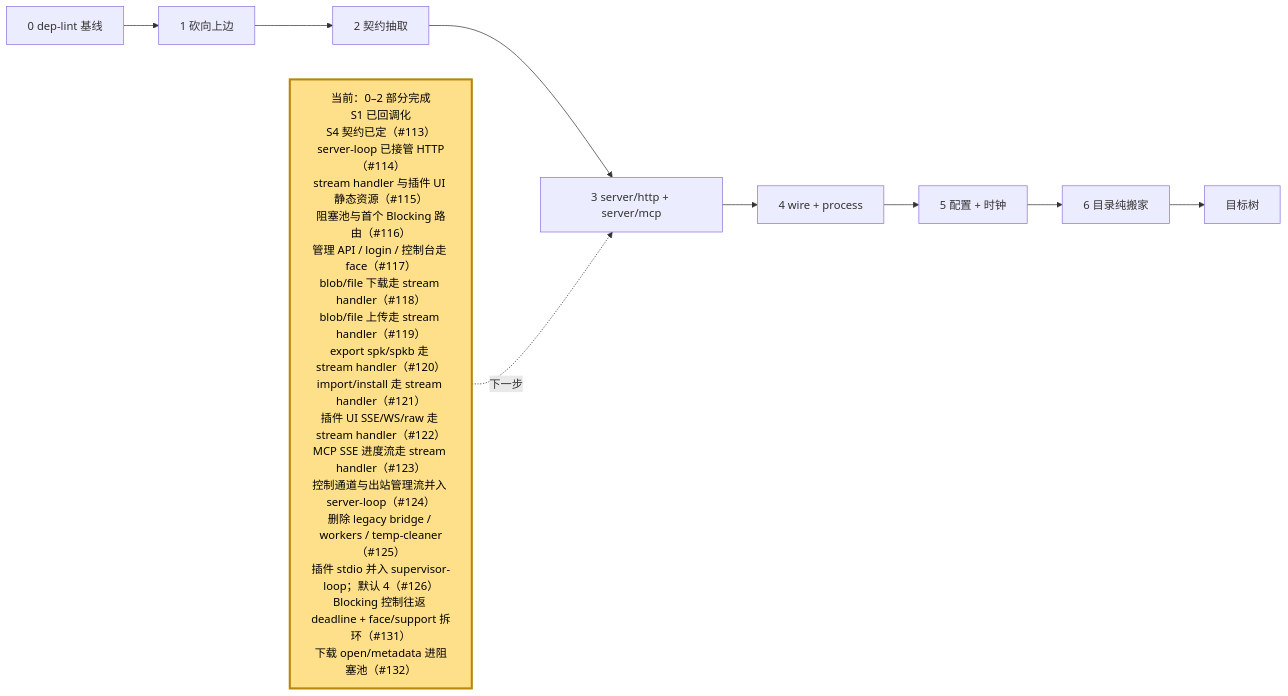
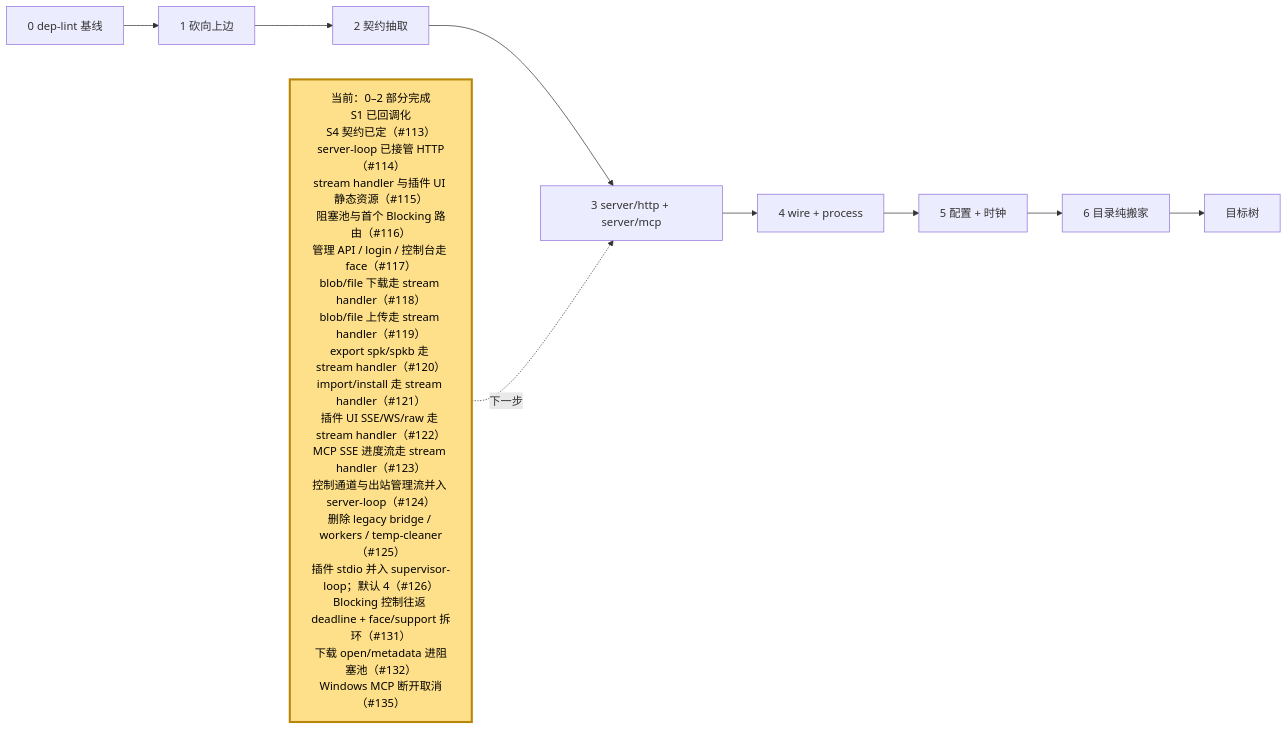
Before and after one commit to webxxxxx/plugin-manager: the fifth of 5 diagrams in docs/architecture.md, drawn with Mermaid. The commit also changed other lines of this file and 5 other files, not shown here.

First line of the commit message:
feat(s4): Windows MCP SSE 断开取消并释放流预算 (#135)

````diff
--- a/docs/architecture.md
+++ b/docs/architecture.md
@@ -379,15 +379,15 @@
 ```mermaid
 flowchart LR
     S0["0 dep-lint 基线"] --> S1["1 砍向上边"]
     S1 --> S2["2 契约抽取"]
     S2 --> S3["3 server/http + server/mcp"]
     S3 --> S4["4 wire + process"]
     S4 --> S5["5 配置 + 时钟"]
     S5 --> S6["6 目录纯搬家"]
     S6 --> DONE["目标树"]
 
-    NOW["当前：0–2 部分完成<br/>S1 已回调化<br/>S4 契约已定（#113）<br/>server-loop 已接管 HTTP（#114）<br/>stream handler 与插件 UI 静态资源（#115）<br/>阻塞池与首个 Blocking 路由（#116）<br/>管理 API / login / 控制台走 face（#117）<br/>blob/file 下载走 stream handler（#118）<br/>blob/file 上传走 stream handler（#119）<br/>export spk/spkb 走 stream handler（#120）<br/>import/install 走 stream handler（#121）<br/>插件 UI SSE/WS/raw 走 stream handler（#122）<br/>MCP SSE 进度流走 stream handler（#123）<br/>控制通道与出站管理流并入 server-loop（#124）<br/>删除 legacy bridge / workers / temp-cleaner（#125）<br/>插件 stdio 并入 supervisor-loop；默认 4（#126）<br/>Blocking 控制往返 deadline + face/support 拆环（#131）<br/>下载 open/metadata 进阻塞池（#132）"]:::current
+    NOW["当前：0–2 部分完成<br/>S1 已回调化<br/>S4 契约已定（#113）<br/>server-loop 已接管 HTTP（#114）<br/>stream handler 与插件 UI 静态资源（#115）<br/>阻塞池与首个 Blocking 路由（#116）<br/>管理 API / login / 控制台走 face（#117）<br/>blob/file 下载走 stream handler（#118）<br/>blob/file 上传走 stream handler（#119）<br/>export spk/spkb 走 stream handler（#120）<br/>import/install 走 stream handler（#121）<br/>插件 UI SSE/WS/raw 走 stream handler（#122）<br/>MCP SSE 进度流走 stream handler（#123）<br/>控制通道与出站管理流并入 server-loop（#124）<br/>删除 legacy bridge / workers / temp-cleaner（#125）<br/>插件 stdio 并入 supervisor-loop；默认 4（#126）<br/>Blocking 控制往返 deadline + face/support 拆环（#131）<br/>下载 open/metadata 进阻塞池（#132）<br/>Windows MCP 断开取消（#135）"]:::current
     NOW -.->|下一步| S3
 
     classDef current fill:#ffe08a,stroke:#b8860b,stroke-width:3px,color:#000
 ```
````
